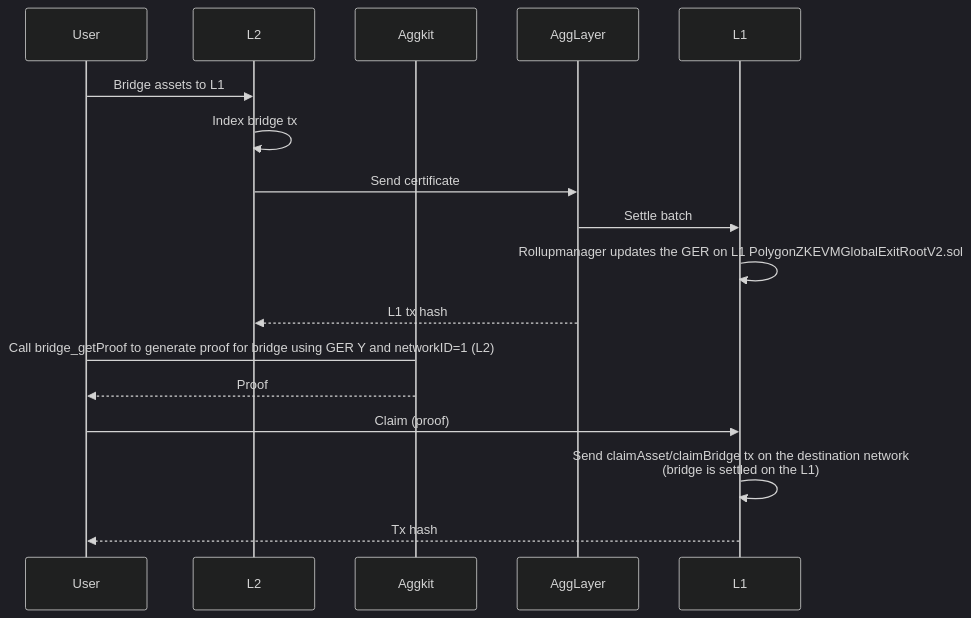
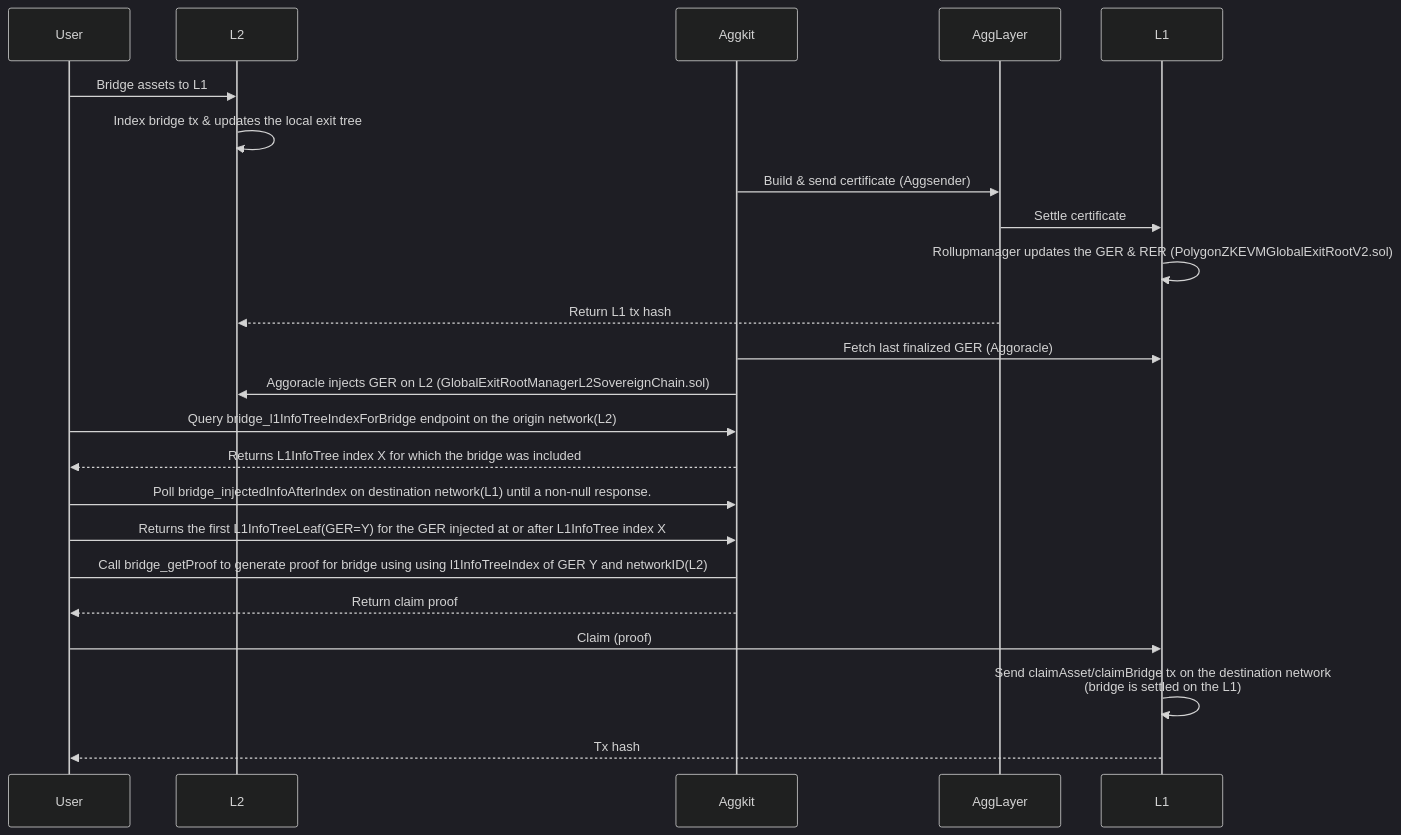
Before and after one commit to agglayer/aggkit: the third of 5 diagrams in docs/bridge_service.md, drawn with Mermaid (dark theme). The commit also changed other lines of this file, not shown here.

````diff
--- a/docs/bridge_service.md
+++ b/docs/bridge_service.md
@@ -74,20 +73,27 @@
 ```mermaid
 sequenceDiagram
     participant User
     participant L2
     participant Aggkit
     participant AggLayer
     participant L1
 
     User->>L2: Bridge assets to L1
-    L2->>L2: Index bridge tx
-    L2->>AggLayer: Send certificate
-    AggLayer->>L1: Settle batch
-    L1->>L1: Rollupmanager updates the GER on L1 PolygonZKEVMGlobalExitRootV2.sol
-    AggLayer-->>L2: L1 tx hash
-    User->Aggkit: Call bridge_getProof to generate proof for bridge using GER Y and networkID=1 (L2)
-    Aggkit-->>User: Proof
+    L2->>L2: Index bridge tx & updates the local exit tree
+    Aggkit->>AggLayer: Build & send certificate (Aggsender)
+    AggLayer->>L1: Settle certificate
+    L1->>L1: Rollupmanager updates the GER & RER (PolygonZKEVMGlobalExitRootV2.sol)
+    AggLayer-->>L2: Return L1 tx hash
+    Aggkit->>L1: Fetch last finalized GER (Aggoracle)
+    Aggkit->>L2: Aggoracle injects GER on L2 (GlobalExitRootManagerL2SovereignChain.sol)
+
+    User->>Aggkit: Query bridge_l1InfoTreeIndexForBridge endpoint on the origin network(L2)
+    Aggkit-->>User: Returns L1InfoTree index X for which the bridge was included 
+    User->>Aggkit: Poll bridge_injectedInfoAfterIndex on destination network(L1) until a non-null response.
+    User->>Aggkit: Returns the first L1InfoTreeLeaf(GER=Y) for the GER injected at or after L1InfoTree index X
+    User->Aggkit: Call bridge_getProof to generate proof for bridge using using l1InfoTreeIndex of GER Y and networkID(L2)
+    Aggkit-->>User: Return claim proof
     User->>L1: Claim (proof)
     L1->>L1: Send claimAsset/claimBridge tx on the destination network<br/>(bridge is settled on the L1)
     L1-->>User: Tx hash
 ```
````
